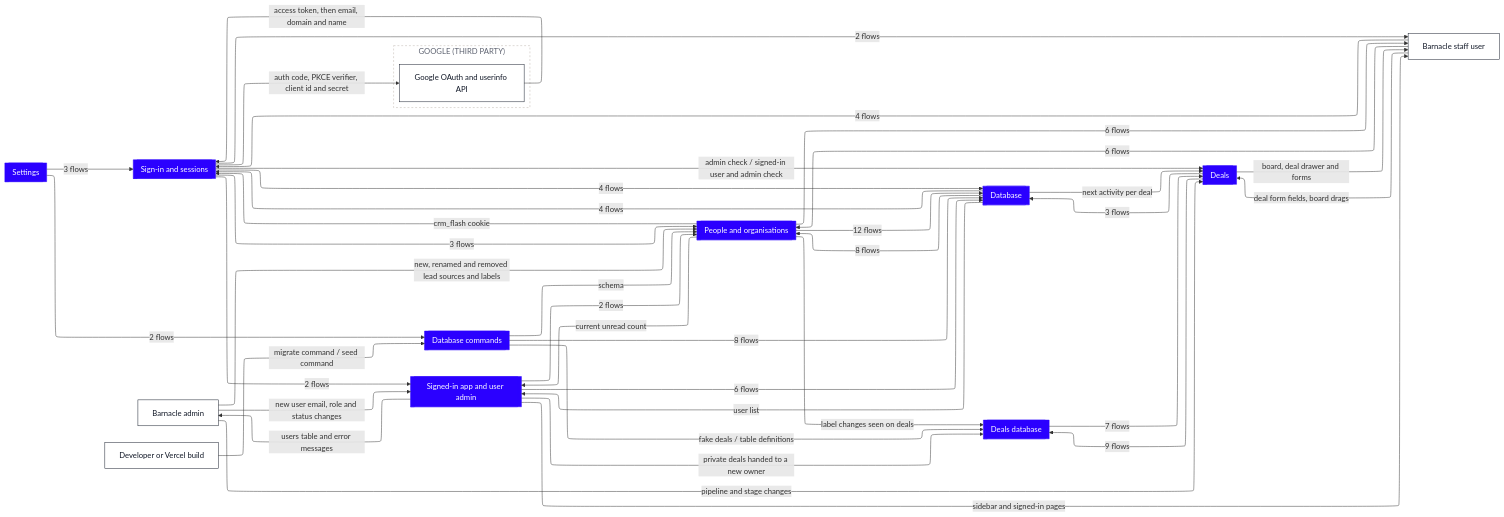
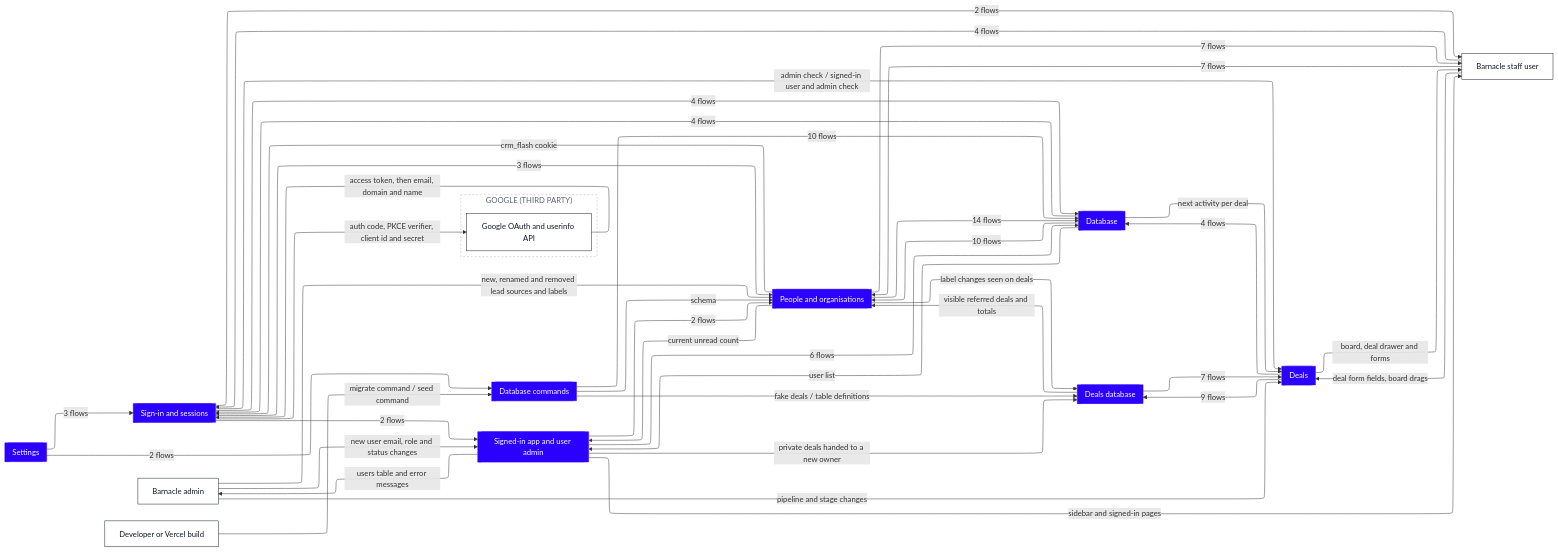
Before and after one commit to Romain-Perche/Barnacle-Pipe: the first of 10 diagrams in dataflow/DATAFLOW.md, drawn with Mermaid. The commit also changed other lines of this file and 11 other files, not shown here.

````diff
--- a/dataflow/DATAFLOW.md
+++ b/dataflow/DATAFLOW.md
@@ -11,67 +11,68 @@
 ```mermaid
 ---
 config:
   layout: elk
 ---
 flowchart LR
     n1[["Database"]]
     n2[["Database commands"]]
     n3[["Deals"]]
     n4[["Deals database"]]
     n5[["People and organisations"]]
     n6[["Settings"]]
     n7[["Sign-in and sessions"]]
     n8[["Signed-in app and user admin"]]
     n9["Barnacle admin"]
     n10["Developer or Vercel build"]
     n11["Barnacle staff user"]
     subgraph z1["GOOGLE (THIRD PARTY)"]
         n12["Google OAuth and userinfo API"]
     end
-    n5 -->|"12 flows"| n1
-    n5 -->|"6 flows"| n11
-    n1 -->|"8 flows"| n5
+    n5 -->|"14 flows"| n1
+    n5 -->|"7 flows"| n11
+    n1 -->|"10 flows"| n5
     n1 -->|"next activity per deal"| n3
     n9 -->|"new, renamed and removed lead sources and labels"| n5
     n9 -->|"pipeline and stage changes"| n3
     n9 -->|"new user email, role and status changes"| n8
     n8 -->|"2 flows"| n5
     n8 -->|"sidebar and signed-in pages"| n11
     n5 -->|"label changes seen on deals"| n4
     n7 -->|"4 flows"| n1
     n4 -->|"7 flows"| n3
     n3 -->|"9 flows"| n4
-    n3 -->|"3 flows"| n1
+    n3 -->|"4 flows"| n1
     n3 -->|"board, deal drawer and forms"| n11
+    n4 -->|"visible referred deals and totals"| n5
     n10 -->|"migrate command / seed command"| n2
     n6 -->|"3 flows"| n7
     n6 -->|"2 flows"| n2
     n7 -->|"auth code, PKCE verifier, client id and secret"| n12
     n7 -->|"2 flows"| n11
     n12 -->|"access token, then email, domain and name"| n7
-    n2 -->|"8 flows"| n1
+    n2 -->|"10 flows"| n1
     n2 -->|"fake deals / table definitions"| n4
     n2 -->|"schema"| n5
     n5 -->|"current unread count"| n8
     n5 -->|"crm_flash cookie"| n7
     n7 -->|"3 flows"| n5
     n7 -->|"2 flows"| n8
     n7 -->|"admin check / signed-in user and admin check"| n3
     n1 -->|"4 flows"| n7
-    n11 -->|"6 flows"| n5
+    n11 -->|"7 flows"| n5
     n11 -->|"deal form fields, board drags"| n3
     n11 -->|"4 flows"| n7
     n8 -->|"users table and error messages"| n9
     n8 -->|"private deals handed to a new owner"| n4
     n8 -->|"6 flows"| n1
     n1 -->|"user list"| n8
     classDef actor fill:#FFFFFF,stroke:#111827,stroke-width:1px,color:#111827
     classDef process fill:#EDEAFF,stroke:#2B00FF,stroke-width:1.5px,color:#111827
     classDef store fill:#FAF6F1,stroke:#111827,stroke-width:1.5px,color:#111827
     classDef zone fill:#1A1A1A,stroke:#1A1A1A,color:#FFFFFF
     classDef group fill:#2B00FF,stroke:#2B00FF,color:#FFFFFF
     classDef stub fill:#FFFFFF,stroke:#2B00FF,stroke-width:1.5px,stroke-dasharray:5 4,color:#2B00FF
     class n9,n10,n11,n12 actor
     class n1,n2,n3,n4,n5,n6,n7,n8 group
     style z1 fill:#FFFFFF,stroke:#B9B2A8,stroke-dasharray:4 4,color:#5D6270
 ```
````
